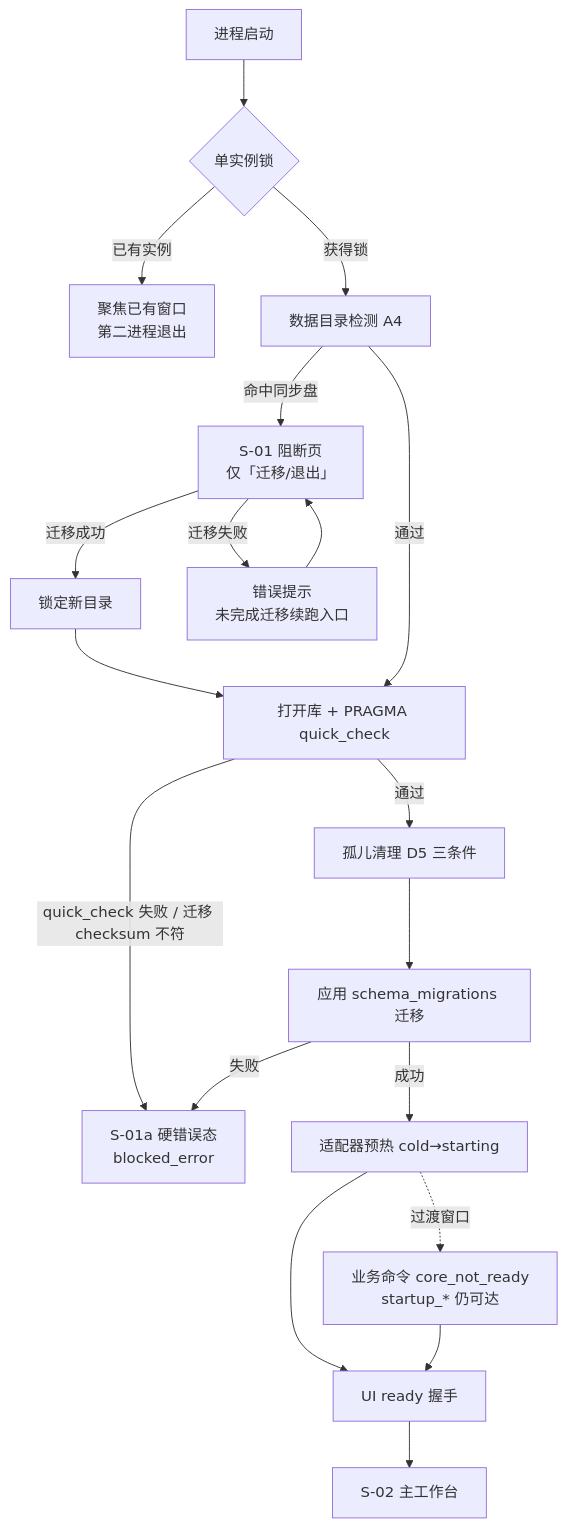
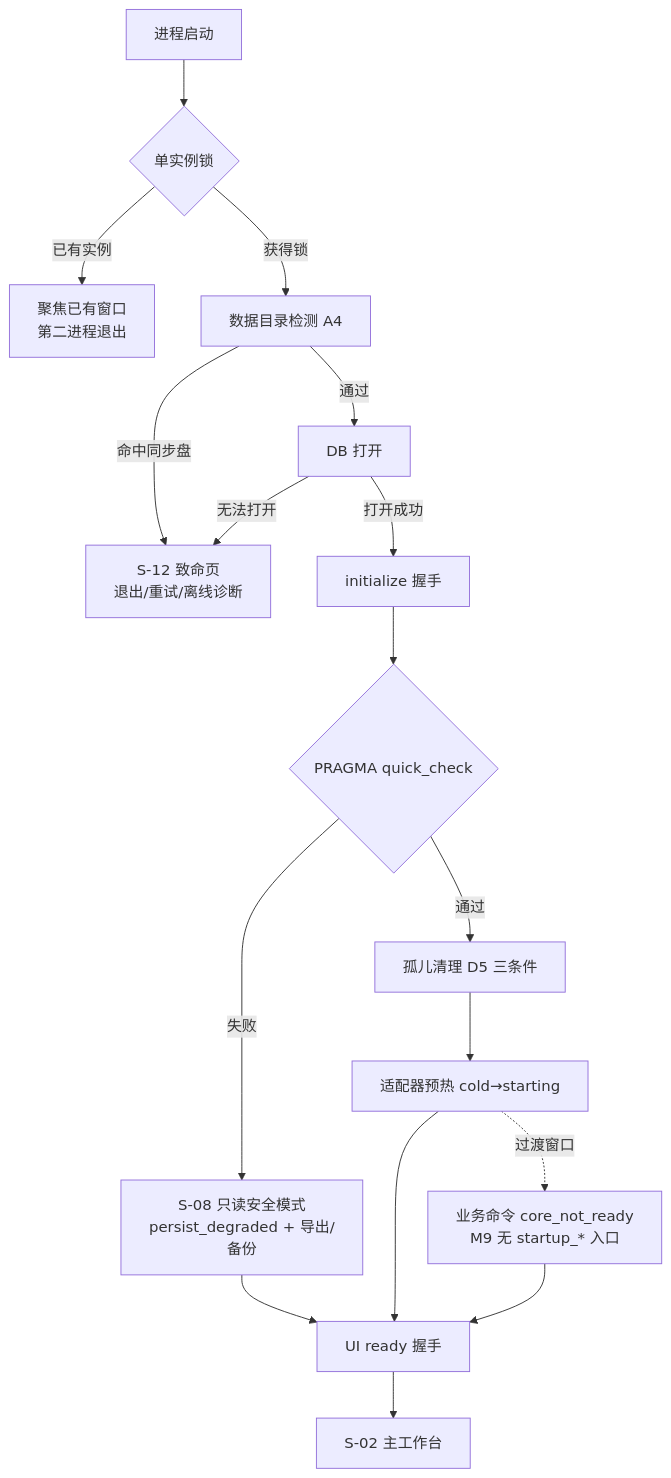
One commit to Scott-PyMu/Aether changed the first of 4 diagrams in docs/UI-UX-设计规格.md. Above: the diagram before and after it, drawn with Mermaid. The commit also changed other lines of this file and 11 other files, not shown here.

````diff
--- a/docs/UI-UX-设计规格.md
+++ b/docs/UI-UX-设计规格.md
@@ -281,21 +303,19 @@
 ```mermaid
 flowchart TD
   A[进程启动] --> B{单实例锁}
   B -- 已有实例 --> B1[聚焦已有窗口<br>第二进程退出]
   B -- 获得锁 --> C[数据目录检测 A4]
-  C -- 命中同步盘 --> D[S-01 阻断页<br>仅「迁移/退出」]
-  D -- 迁移成功 --> E[锁定新目录]
-  D -- 迁移失败 --> D1[错误提示<br>未完成迁移续跑入口]
-  D1 --> D
-  E --> F[打开库 + PRAGMA quick_check]
-  C -- 通过 --> F
-  F -- quick_check 失败 / 迁移 checksum 不符 --> G[S-01a 硬错误态<br>blocked_error]
-  F -- 通过 --> H[孤儿清理 D5 三条件]
-  H --> I[应用 schema_migrations 迁移]
-  I -- 失败 --> G
-  I -- 成功 --> J[适配器预热 cold→starting]
-  J --> K[UI ready 握手]
+  C -- 命中同步盘 --> X[S-12 致命页<br>退出/重试/离线诊断]
+  C -- 通过 --> F[DB 打开]
+  F -- 无法打开 --> X
+  F -- 打开成功 --> I[initialize 握手]
+  I --> Q{PRAGMA quick_check}
+  Q -- 失败 --> SM[S-08 只读安全模式<br>persist_degraded + 导出/备份]
+  Q -- 通过 --> H[孤儿清理 D5 三条件]
+  H --> J[适配器预热 cold→starting]
+  SM --> K[UI ready 握手]
+  J --> K
   K --> L[S-02 主工作台]
-  J -. 过渡窗口 .-> M[业务命令 core_not_ready<br>startup_* 仍可达]
+  J -. 过渡窗口 .-> M[业务命令 core_not_ready<br>M9 无 startup_* 入口]
   M --> K
 ```
````
